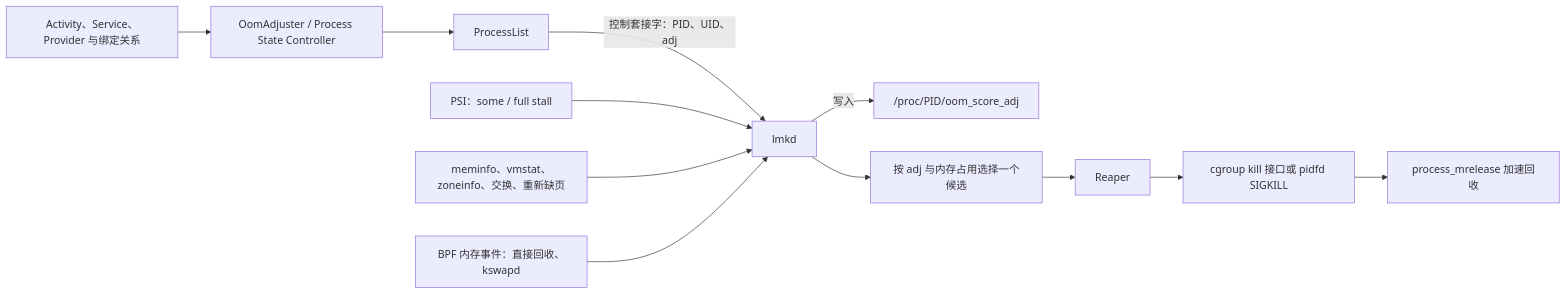
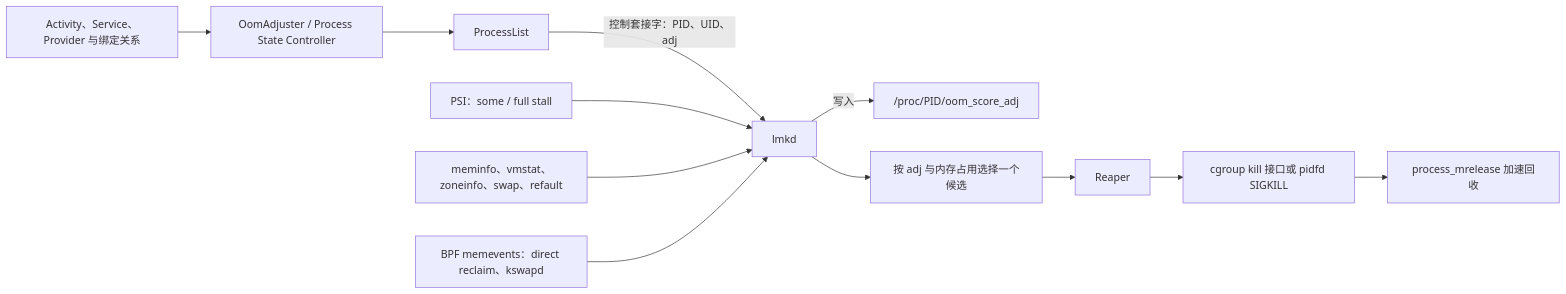
One commit to Gracker/android-internals-wiki changed the diagram in src/part1-fundamentals/ch04-memory/04-lmk.md. Above: the diagram before and after it, drawn with Mermaid. The commit also changed other lines of this file and 4 other files, not shown here.

````diff
--- a/src/part1-fundamentals/ch04-memory/04-lmk.md
+++ b/src/part1-fundamentals/ch04-memory/04-lmk.md
@@ -55,16 +55,16 @@
 ```mermaid
 flowchart LR
     lifecycle["Activity、Service、Provider 与绑定关系"] --> adjuster["OomAdjuster / Process State Controller"]
     adjuster --> processlist["ProcessList"]
     processlist -->|"控制套接字：PID、UID、adj"| lmkd["lmkd"]
     lmkd -->|"写入"| procfs["/proc/PID/oom_score_adj"]
 
     psi["PSI：some / full stall"] --> lmkd
-    memory["meminfo、vmstat、zoneinfo、交换、重新缺页"] --> lmkd
-    memevents["BPF 内存事件：直接回收、kswapd"] --> lmkd
+    memory["meminfo、vmstat、zoneinfo、swap、refault"] --> lmkd
+    memevents["BPF memevents：direct reclaim、kswapd"] --> lmkd
 
     lmkd --> candidate["按 adj 与内存占用选择一个候选"]
     candidate --> reaper["Reaper"]
     reaper --> terminate["cgroup kill 接口或 pidfd SIGKILL"]
     terminate --> release["process_mrelease 加速回收"]
 ```
````
